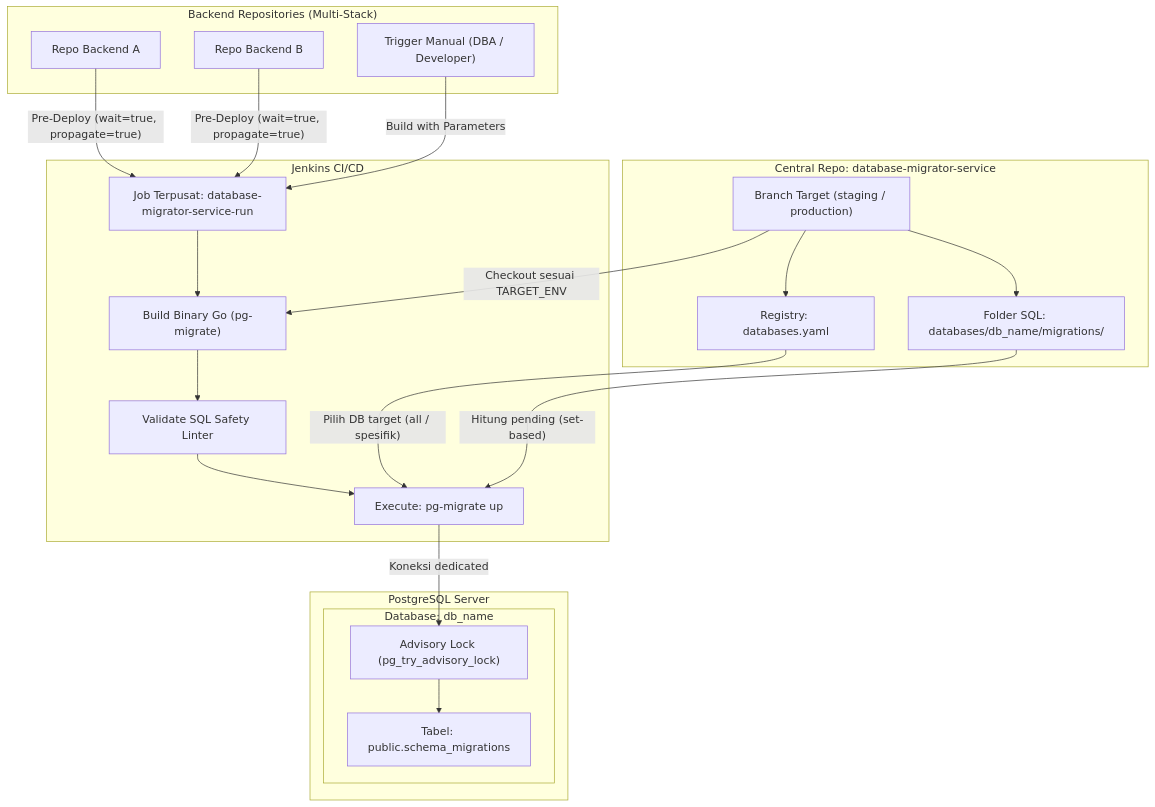
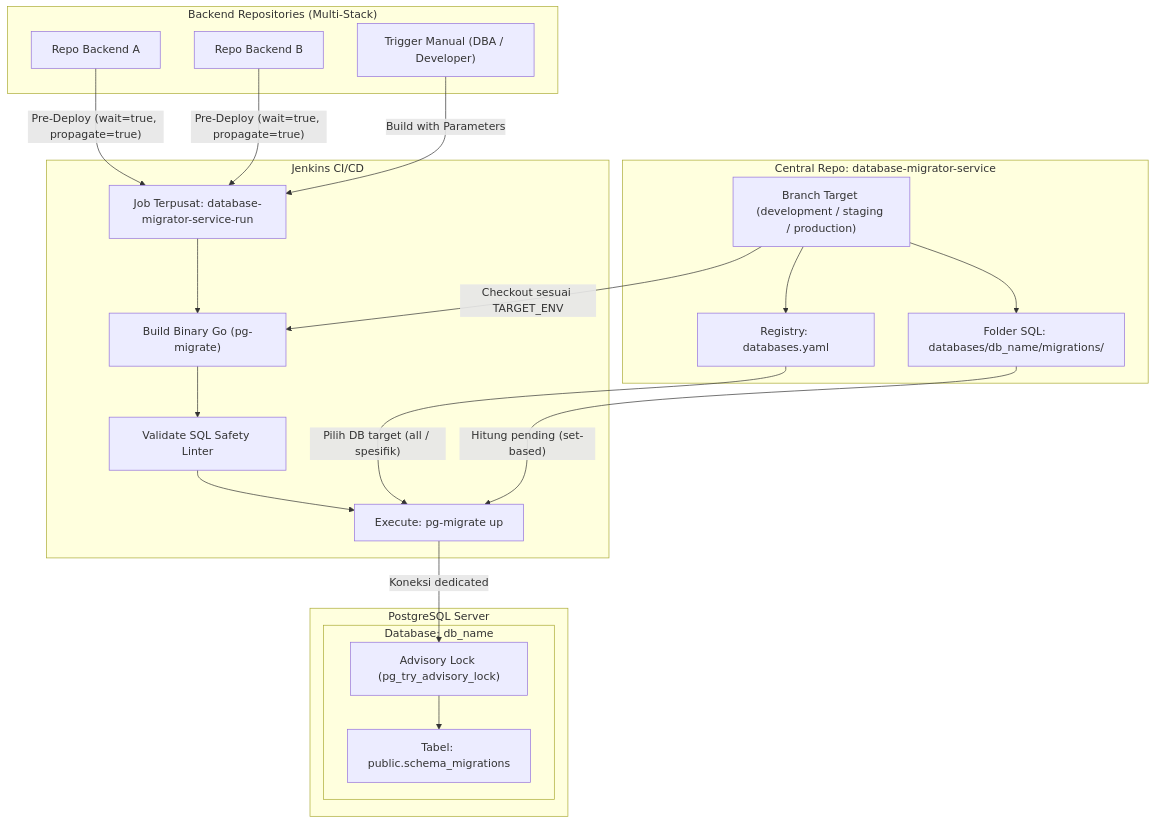
Before and after one commit to madyaknitto/database-migrator-service: the first of 2 diagrams in docs/internals/01_architecture.md, drawn with Mermaid. The commit also changed 20 other files, not shown here.

````diff
--- a/docs/internals/01_architecture.md
+++ b/docs/internals/01_architecture.md
@@ -7,42 +7,42 @@
 ```mermaid
 flowchart TD
     subgraph BE["Backend Repositories (Multi-Stack)"]
         A["Repo Backend A"]
         B["Repo Backend B"]
         M["Trigger Manual (DBA / Developer)"]
     end
 
     subgraph J["Jenkins CI/CD"]
         JOB["Job Terpusat: database-migrator-service-run"]
         BLD["Build Binary Go (pg-migrate)"]
         VAL["Validate SQL Safety Linter"]
         RUN["Execute: pg-migrate up"]
         JOB --> BLD --> VAL --> RUN
     end
 
     subgraph REPO["Central Repo: database-migrator-service"]
-        BR["Branch Target (staging / production)"]
+        BR["Branch Target (development / staging / production)"]
         CFG["Registry: databases.yaml"]
         SQL["Folder SQL: databases/db_name/migrations/"]
         BR --> CFG
         BR --> SQL
     end
 
     subgraph PG["PostgreSQL Server"]
         subgraph DB1["Database: db_name"]
             L1["Advisory Lock (pg_try_advisory_lock)"]
             T1["Tabel: public.schema_migrations"]
         end
     end
 
     A -->|"Pre-Deploy (wait=true, propagate=true)"| JOB
     B -->|"Pre-Deploy (wait=true, propagate=true)"| JOB
     M -->|"Build with Parameters"| JOB
 
     BR -->|"Checkout sesuai TARGET_ENV"| BLD
     CFG -->|"Pilih DB target (all / spesifik)"| RUN
     SQL -->|"Hitung pending (set-based)"| RUN
 
     RUN -->|"Koneksi dedicated"| L1
     L1 --> T1
 ```
````
